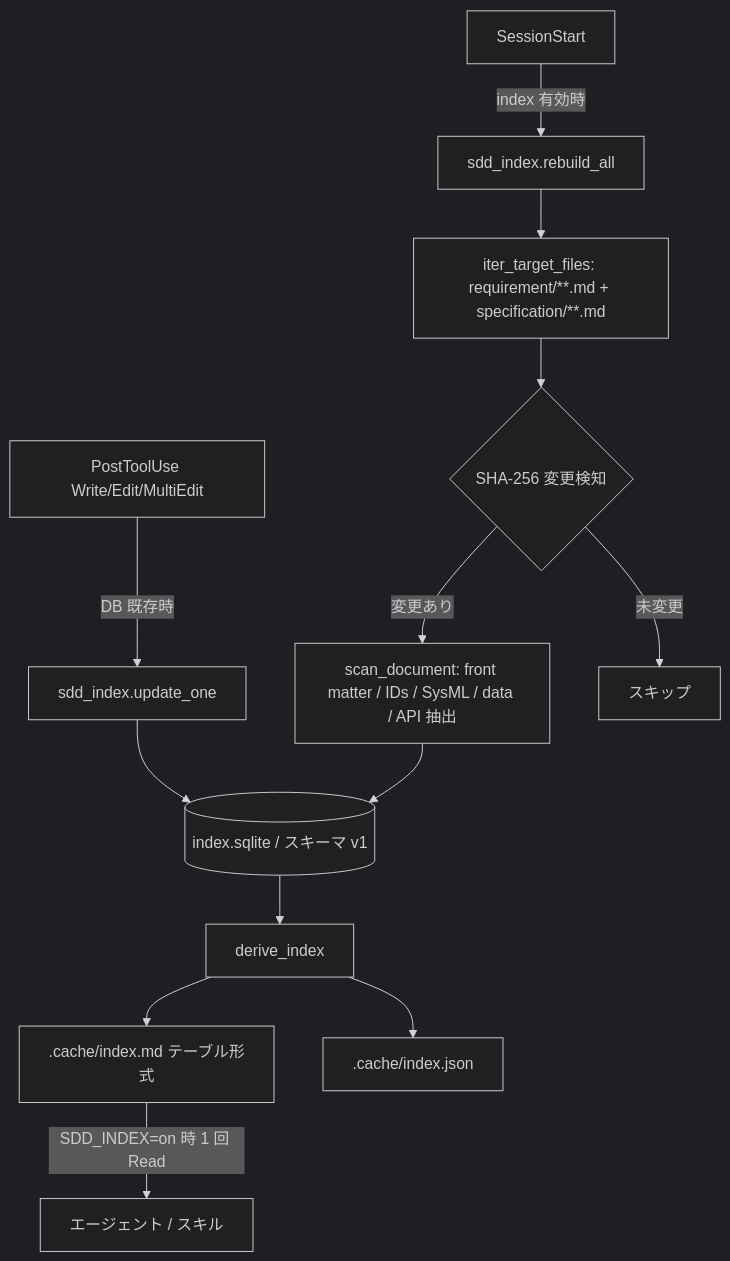
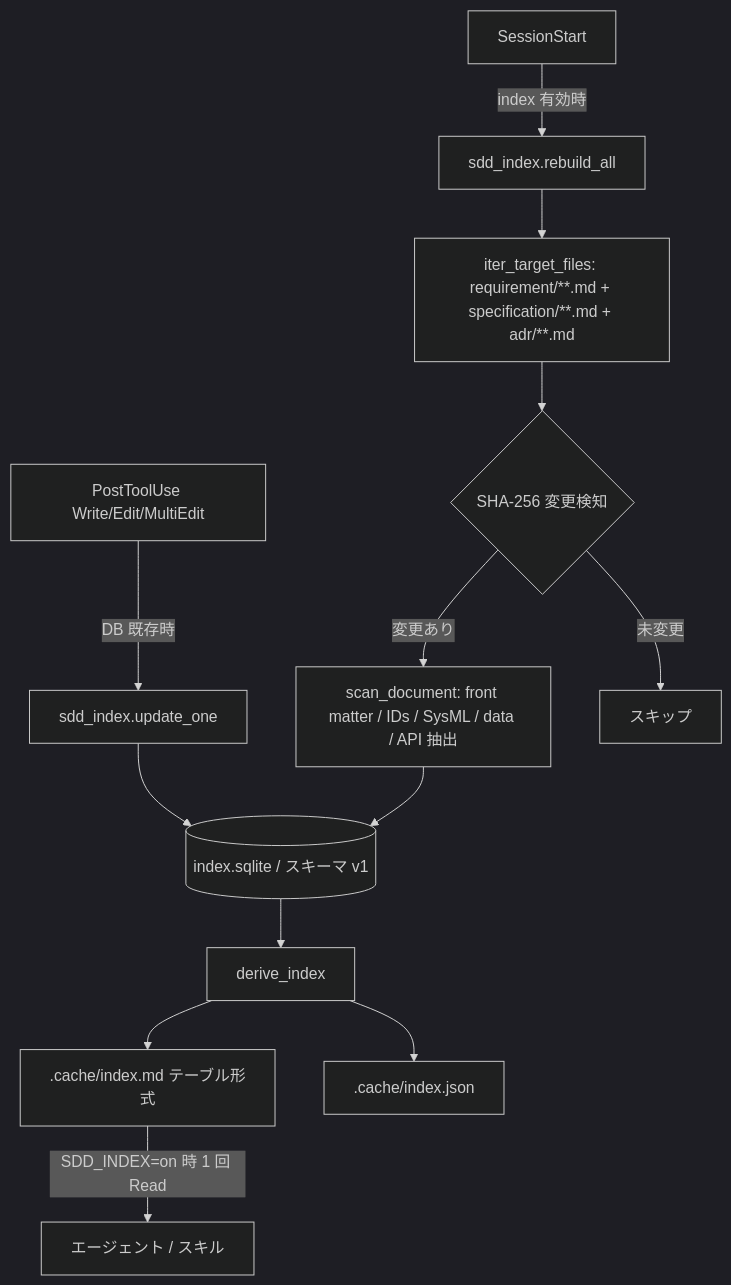
The diagram in .sdd/specification/workflow-foundation/documentation-index_design.md (ToshikiImagawa/ai-sdd-workflow-dev), drawn with Mermaid (dark theme) before and after one commit. The commit also changed other lines of this file and 23 other files, not shown here.

````diff
--- a/.sdd/specification/workflow-foundation/documentation-index_design.md
+++ b/.sdd/specification/workflow-foundation/documentation-index_design.md
@@ -77,15 +77,15 @@
 ```mermaid
 graph TD
     SS[SessionStart] -->|index 有効時| RA[sdd_index.rebuild_all]
     PTU[PostToolUse Write/Edit/MultiEdit] -->|DB 既存時| UO[sdd_index.update_one]
-    RA --> SCAN[iter_target_files: requirement/**.md + specification/**.md]
+    RA --> SCAN[iter_target_files: requirement/**.md + specification/**.md + adr/**.md]
     SCAN --> HASH{SHA-256 変更検知}
     HASH -->|変更あり| PARSE[scan_document: front matter / IDs / SysML / data / API 抽出]
     HASH -->|未変更| SKIP[スキップ]
     PARSE --> DB[(index.sqlite / スキーマ v1)]
     UO --> DB
     DB --> DERIVE[derive_index]
     DERIVE --> MD[.cache/index.md テーブル形式]
     DERIVE --> JSON[.cache/index.json]
     MD -->|SDD_INDEX=on 時 1 回 Read| CONSUMER[エージェント / スキル]
 ```
````
